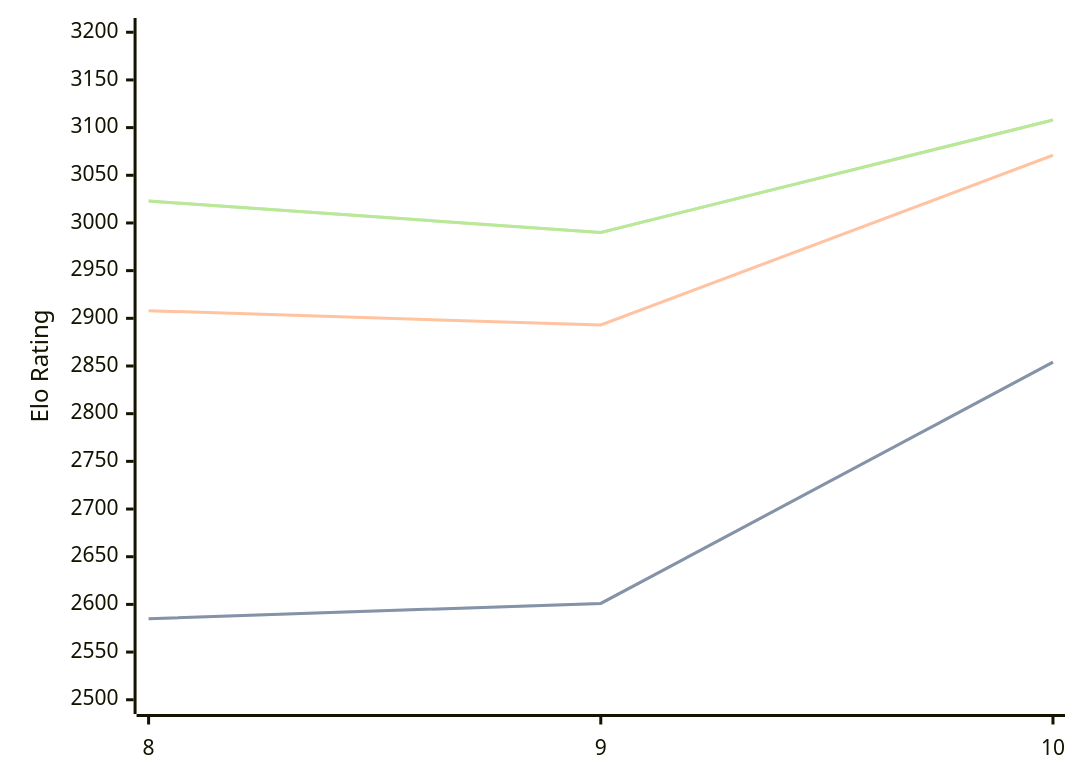
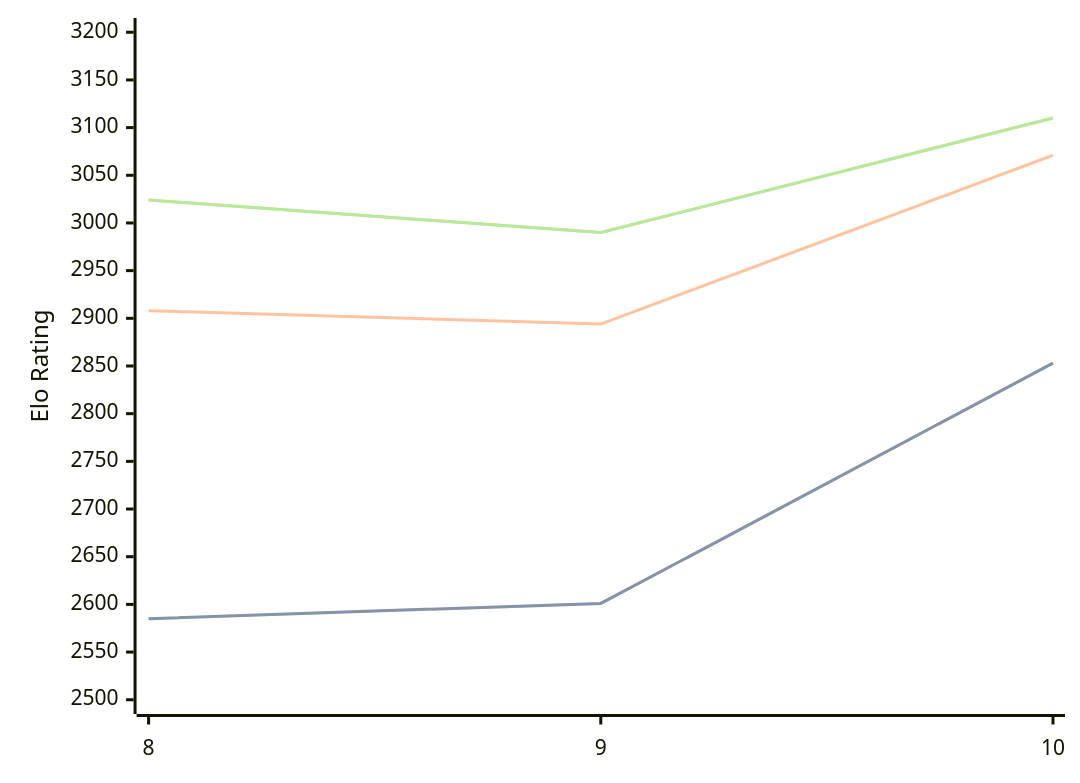
The third of 3 diagrams in engines/Lozza.md (computer-chess-index/cci), drawn with Mermaid before and after one commit. The commit also changed other lines of this file, not shown here.

Commit message:
Update CCI Ratings (ELO VLTC) - 2026-07-13

````diff
--- a/engines/Lozza.md
+++ b/engines/Lozza.md
@@ -74,11 +74,11 @@
 ```mermaid
 %%{init: {"theme":"base","themeVariables":{"seriesColors:['#a3a3a3','#222221','#faa371']}}}%%
 xychart-beta
   x-axis ["8", "9", "10"]
   y-axis "Elo Rating" 2500 --> 3200
-  line "STC (8.0+0.08s)" [2585, 2601, 2854]
-  line "STC (8.0+0.08s)" [2585, 2601, 2854]
-  line "LTC (60.0+0.60s)" [2908, 2893, 3071]
-  line "VLTC (2m24s+1.12s)" [3023, 2990, 3108]
-  line "VLTC (2m24s+1.12s)" [3023, 2990, 3108]
+  line "STC (8.0+0.08s)" [2585, 2601, 2853]
+  line "STC (8.0+0.08s)" [2585, 2601, 2853]
+  line "LTC (60.0+0.60s)" [2908, 2894, 3071]
+  line "VLTC (2m24s+1.12s)" [3024, 2990, 3110]
+  line "VLTC (2m24s+1.12s)" [3024, 2990, 3110]
 ```
````
